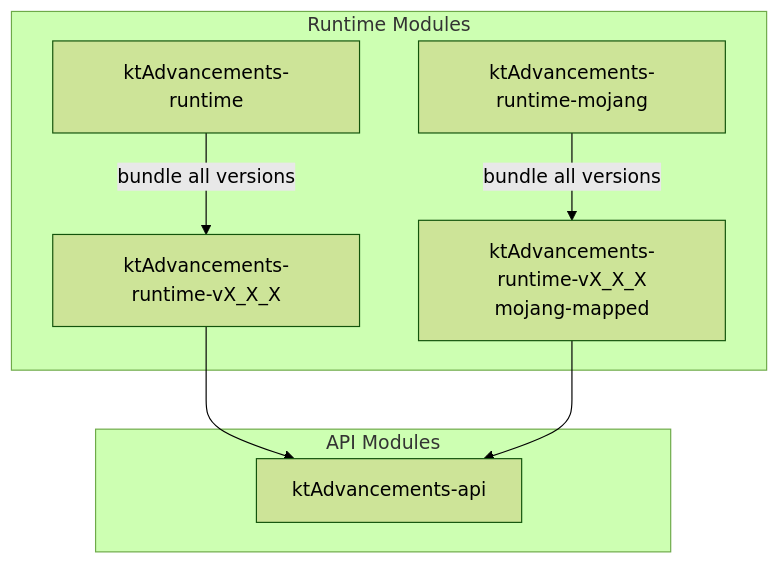
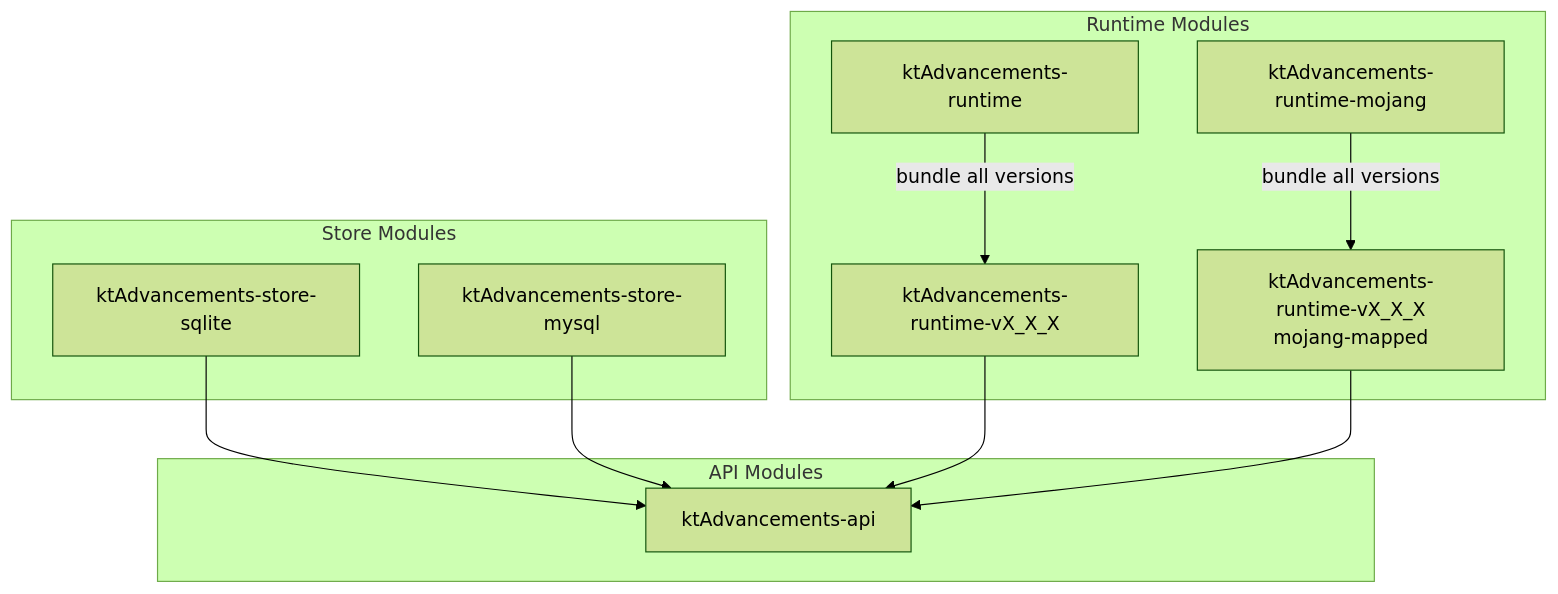
The diagram in README.md (sya-ri/ktAdvancements), drawn with Mermaid (forest theme) before and after one commit. The commit also changed other lines of this file and 3 other files, not shown here.

Commit message:
feat: Add ktAdvancements-store-mysql

````diff
--- a/README.md
+++ b/README.md
@@ -226,14 +270,19 @@
 ```mermaid
 graph TD
     subgraph API[API Modules]
         E[ktAdvancements-api]
     end
 
     subgraph Runtime[Runtime Modules]
         G[ktAdvancements-runtime] -->|"bundle all versions"| H[ktAdvancements-runtime-vX_X_X]
         K[ktAdvancements-runtime-mojang] -->|"bundle all versions"| L[ktAdvancements-runtime-vX_X_X<br>mojang-mapped]
     end
 
+    subgraph Store[Store Modules]
+        S[ktAdvancements-store-sqlite] --> E
+        M[ktAdvancements-store-mysql] --> E
+    end
+
     H --> E
     L --> E
 ```
````
